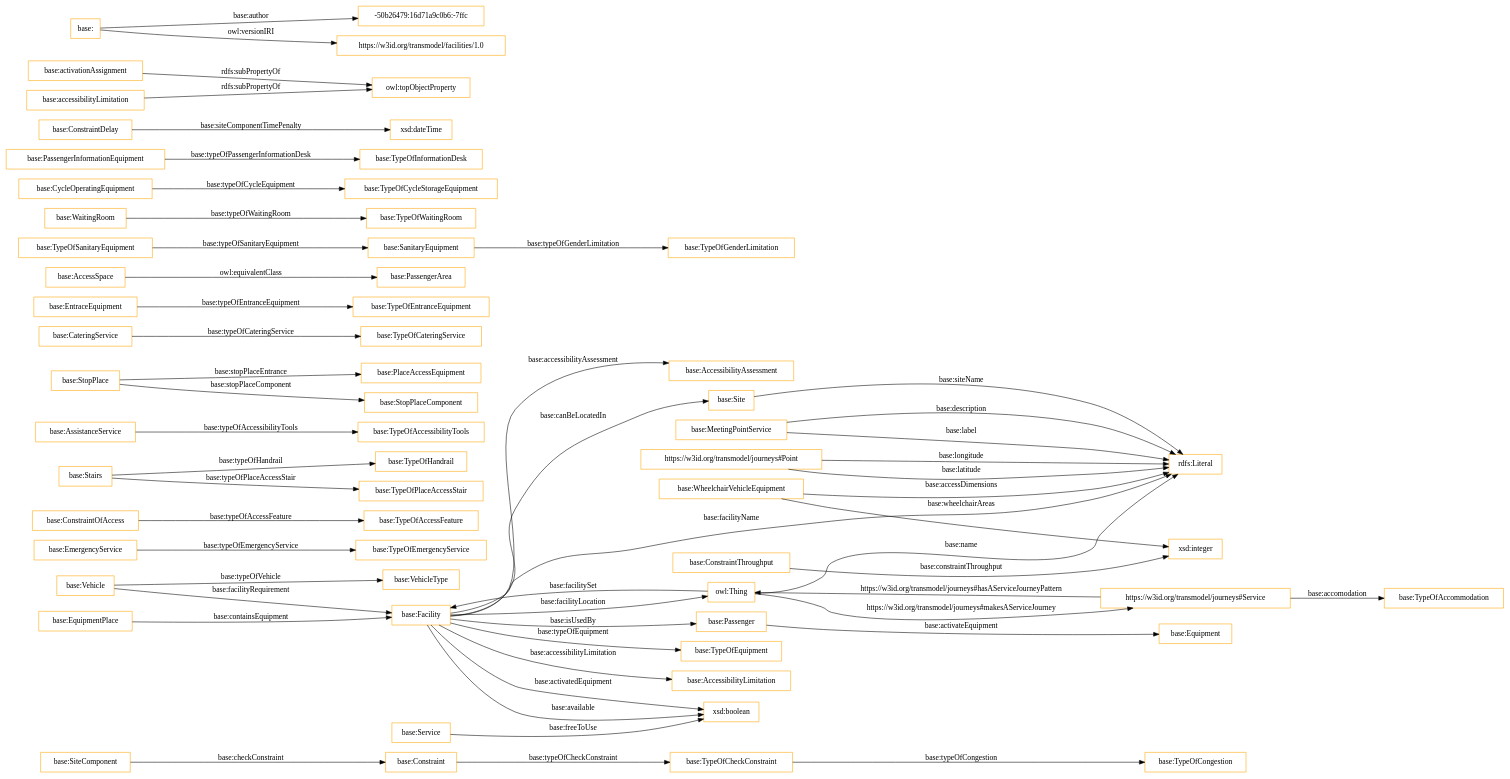
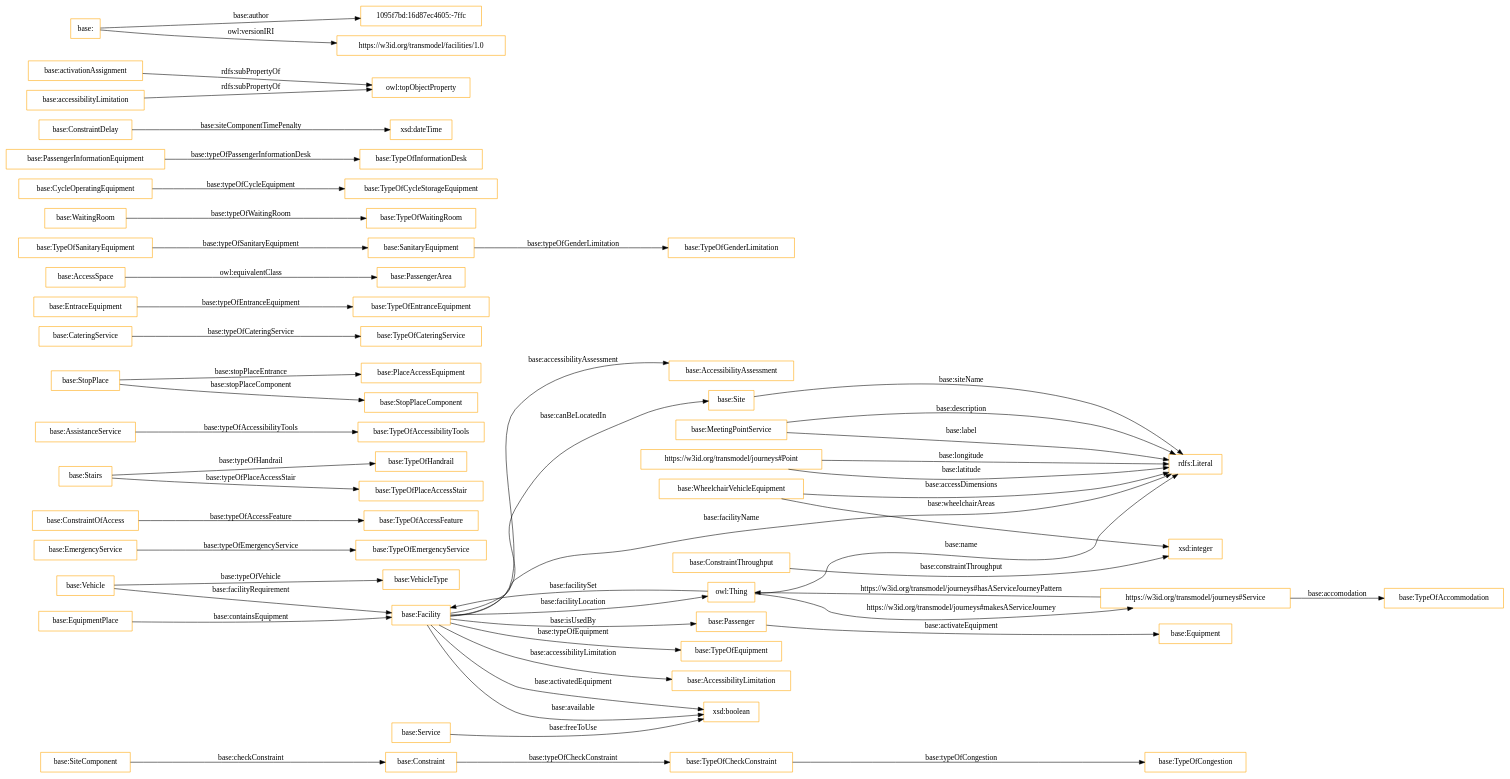
Before and after one commit to oeg-upm/transmodel-ontology: the diagram in OnToology/ontology/tm-facilities.owl/diagrams/ar2dtool-class/tm-facilities.owl.png.dot, drawn with Graphviz. The commit also changed 95 other files, not shown here.

```diff
--- a/OnToology/ontology/tm-facilities.owl/diagrams/ar2dtool-class/tm-facilities.owl.png.dot
+++ b/OnToology/ontology/tm-facilities.owl/diagrams/ar2dtool-class/tm-facilities.owl.png.dot
@@ -1,56 +1,56 @@
 digraph ar2dtool_diagram { 
 rankdir=LR;
 size="1501"
 node [shape = rectangle, color="orange"]; "base:SiteComponent" "base:AccessibilityAssessment" "base:EmergencyService" "base:ConstraintOfAccess" "https://w3id.org/transmodel/journeys#Point" "base:Vehicle" "base:TypeOfHandrail" "base:Facility" "base:AssistanceService" "base:PlaceAccessEquipment" "base:CateringService" "base:EntraceEquipment" "base:TypeOfEmergencyService" "base:Site" "base:Equipment" "base:TypeOfEntranceEquipment" "base:TypeOfPlaceAccessStair" "base:StopPlaceComponent" "base:Service" "base:TypeOfCateringService" "base:PassengerArea" "base:TypeOfAccessFeature" "base:TypeOfSanitaryEquipment" "base:VehicleType" "base:TypeOfWaitingRoom" "base:TypeOfCheckConstraint" "base:TypeOfCycleStorageEquipment" "base:Passenger" "base:PassengerInformationEquipment" "base:TypeOfInformationDesk" "base:TypeOfEquipment" "base:ConstraintDelay" "base:Stairs" "base:WaitingRoom" "base:CycleOperatingEquipment" "base:Constraint" "base:StopPlace" "base:TypeOfGenderLimitation" "base:TypeOfAccessibilityTools" "base:AccessSpace" "base:AccessibilityLimitation" "base:SanitaryEquipment" "base:ConstraintThroughput" "base:WheelchairVehicleEquipment" "base:EquipmentPlace" "base:TypeOfAccommodation" "base:TypeOfCongestion" "https://w3id.org/transmodel/journeys#Service" "base:MeetingPointService" ; /*classes style*/
 	"base:AccessSpace" -> "base:PassengerArea" [ label = "owl:equivalentClass" ];
 	"base:activationAssignment" -> "owl:topObjectProperty" [ label = "rdfs:subPropertyOf" ];
-	"base:" -> "-50b26479:16d71a9c0b6:-7ffc" [ label = "base:author" ];
+	"base:" -> "1095f7bd:16d87ec4605:-7ffc" [ label = "base:author" ];
 	"base:" -> "https://w3id.org/transmodel/facilities/1.0" [ label = "owl:versionIRI" ];
 	"base:accessibilityLimitation" -> "owl:topObjectProperty" [ label = "rdfs:subPropertyOf" ];
 	"base:Passenger" -> "base:Equipment" [ label = "base:activateEquipment" ];
 	"owl:Thing" -> "base:Facility" [ label = "base:facilitySet" ];
 	"base:Service" -> "xsd:boolean" [ label = "base:freeToUse" ];
 	"base:Facility" -> "xsd:boolean" [ label = "base:activatedEquipment" ];
 	"base:Constraint" -> "base:TypeOfCheckConstraint" [ label = "base:typeOfCheckConstraint" ];
 	"base:Facility" -> "base:AccessibilityAssessment" [ label = "base:accessibilityAssessment" ];
 	"base:Facility" -> "base:Passenger" [ label = "base:isUsedBy" ];
 	"base:AssistanceService" -> "base:TypeOfAccessibilityTools" [ label = "base:typeOfAccessibilityTools" ];
 	"owl:Thing" -> "https://w3id.org/transmodel/journeys#Service" [ label = "https://w3id.org/transmodel/journeys#makesAServiceJourney" ];
 	"base:Stairs" -> "base:TypeOfPlaceAccessStair" [ label = "base:typeOfPlaceAccessStair" ];
 	"base:CateringService" -> "base:TypeOfCateringService" [ label = "base:typeOfCateringService" ];
 	"base:EntraceEquipment" -> "base:TypeOfEntranceEquipment" [ label = "base:typeOfEntranceEquipment" ];
 	"base:TypeOfCheckConstraint" -> "base:TypeOfCongestion" [ label = "base:typeOfCongestion" ];
 	"base:ConstraintThroughput" -> "xsd:integer" [ label = "base:constraintThroughput" ];
 	"base:Site" -> "rdfs:Literal" [ label = "base:siteName" ];
 	"base:Facility" -> "rdfs:Literal" [ label = "base:facilityName" ];
 	"https://w3id.org/transmodel/journeys#Point" -> "rdfs:Literal" [ label = "base:latitude" ];
 	"owl:Thing" -> "rdfs:Literal" [ label = "base:name" ];
 	"base:EmergencyService" -> "base:TypeOfEmergencyService" [ label = "base:typeOfEmergencyService" ];
 	"base:Facility" -> "base:TypeOfEquipment" [ label = "base:typeOfEquipment" ];
 	"https://w3id.org/transmodel/journeys#Service" -> "base:TypeOfAccommodation" [ label = "base:accomodation" ];
 	"base:SanitaryEquipment" -> "base:TypeOfGenderLimitation" [ label = "base:typeOfGenderLimitation" ];
 	"base:PassengerInformationEquipment" -> "base:TypeOfInformationDesk" [ label = "base:typeOfPassengerInformationDesk" ];
 	"base:ConstraintDelay" -> "xsd:dateTime" [ label = "base:siteComponentTimePenalty" ];
 	"base:WheelchairVehicleEquipment" -> "xsd:integer" [ label = "base:wheelchairAreas" ];
 	"base:WaitingRoom" -> "base:TypeOfWaitingRoom" [ label = "base:typeOfWaitingRoom" ];
 	"base:Facility" -> "owl:Thing" [ label = "base:facilityLocation" ];
 	"base:Facility" -> "xsd:boolean" [ label = "base:available" ];
 	"base:CycleOperatingEquipment" -> "base:TypeOfCycleStorageEquipment" [ label = "base:typeOfCycleEquipment" ];
 	"base:ConstraintOfAccess" -> "base:TypeOfAccessFeature" [ label = "base:typeOfAccessFeature" ];
 	"https://w3id.org/transmodel/journeys#Point" -> "rdfs:Literal" [ label = "base:longitude" ];
 	"https://w3id.org/transmodel/journeys#Service" -> "owl:Thing" [ label = "https://w3id.org/transmodel/journeys#hasAServiceJourneyPattern" ];
 	"base:Facility" -> "base:Site" [ label = "base:canBeLocatedIn" ];
 	"base:MeetingPointService" -> "rdfs:Literal" [ label = "base:description" ];
 	"base:Facility" -> "base:AccessibilityLimitation" [ label = "base:accessibilityLimitation" ];
 	"base:Vehicle" -> "base:Facility" [ label = "base:facilityRequirement" ];
 	"base:TypeOfSanitaryEquipment" -> "base:SanitaryEquipment" [ label = "base:typeOfSanitaryEquipment" ];
 	"base:StopPlace" -> "base:StopPlaceComponent" [ label = "base:stopPlaceComponent" ];
 	"base:SiteComponent" -> "base:Constraint" [ label = "base:checkConstraint" ];
 	"base:MeetingPointService" -> "rdfs:Literal" [ label = "base:label" ];
 	"base:Stairs" -> "base:TypeOfHandrail" [ label = "base:typeOfHandrail" ];
 	"base:WheelchairVehicleEquipment" -> "rdfs:Literal" [ label = "base:accessDimensions" ];
 	"base:EquipmentPlace" -> "base:Facility" [ label = "base:containsEquipment" ];
 	"base:StopPlace" -> "base:PlaceAccessEquipment" [ label = "base:stopPlaceEntrance" ];
 	"base:Vehicle" -> "base:VehicleType" [ label = "base:typeOfVehicle" ];
 
 }
```
